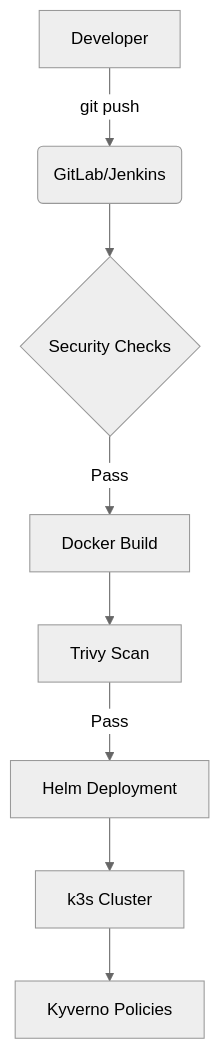
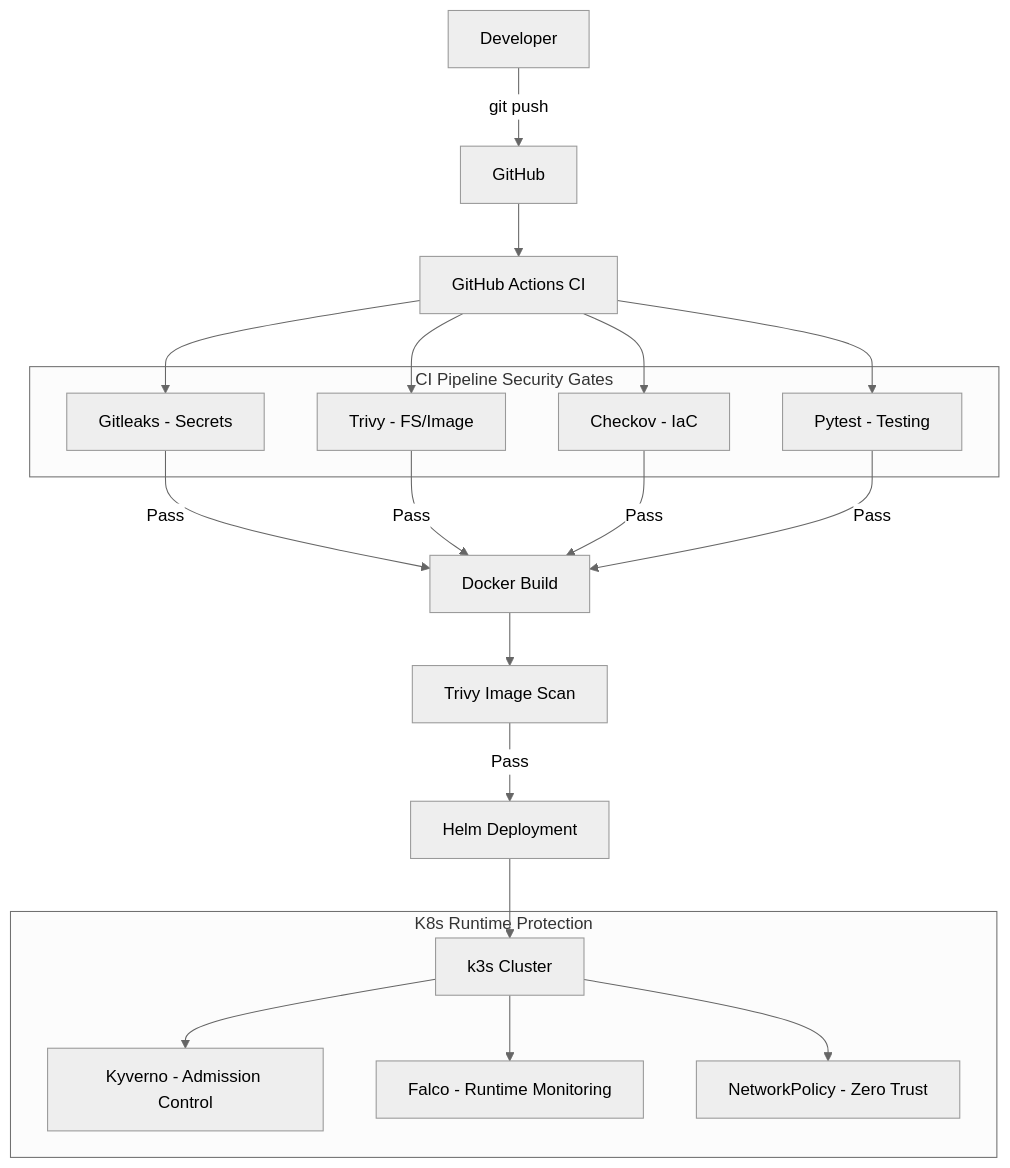
The diagram in docs/architecture.md (Denisgithubss/devops_playground), drawn with Mermaid (neutral theme) before and after one commit. The commit also changed other lines of this file and 8 other files, not shown here.

````diff
--- a/docs/architecture.md
+++ b/docs/architecture.md
@@ -5,10 +5,23 @@
 ```mermaid
 graph TD
-    A[Developer] -->|git push| B(GitLab/Jenkins)
-    B --> C{Security Checks}
-    C -->|Pass| D[Docker Build]
-    D --> E[Trivy Scan]
+    A[Developer] -->|git push| B[GitHub]
+    B --> C[GitHub Actions CI]
+    subgraph "CI Pipeline Security Gates"
+        C1[Gitleaks - Secrets]
+        C2[Trivy - FS/Image]
+        C3[Checkov - IaC]
+        C4[Pytest - Testing]
+    end
+    C --> C1 & C2 & C3 & C4
+    C1 & C2 & C3 & C4 -->|Pass| D[Docker Build]
+    D --> E[Trivy Image Scan]
     E -->|Pass| F[Helm Deployment]
-    F --> G[k3s Cluster]
-    G --> H[Kyverno Policies]
+    subgraph "K8s Runtime Protection"
+        G[k3s Cluster]
+        H[Kyverno - Admission Control]
+        I[Falco - Runtime Monitoring]
+        J[NetworkPolicy - Zero Trust]
+    end
+    F --> G
+    G --> H & I & J
 ```
````
